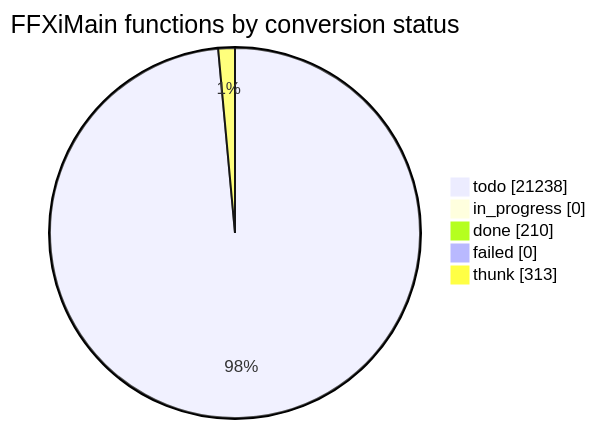
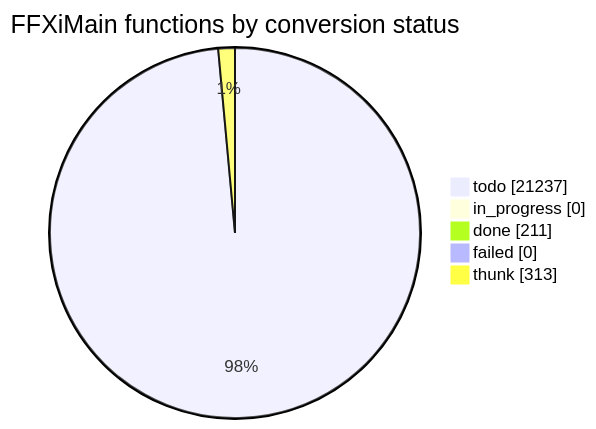
One commit to cowrevenge/cow_kuluu_xi_anything changed the diagram in docs/cow/STATUS.md. Above: the diagram before and after it, drawn with Mermaid. The commit also changed other lines of this file and 9 other files, not shown here.

````diff
--- a/docs/cow/STATUS.md
+++ b/docs/cow/STATUS.md
@@ -18,9 +18,9 @@
 ```mermaid
 pie showData
     title FFXiMain functions by conversion status
-    "todo" : 21238
+    "todo" : 21237
     "in_progress" : 0
-    "done" : 210
+    "done" : 211
     "failed" : 0
     "thunk" : 313
 ```
````
